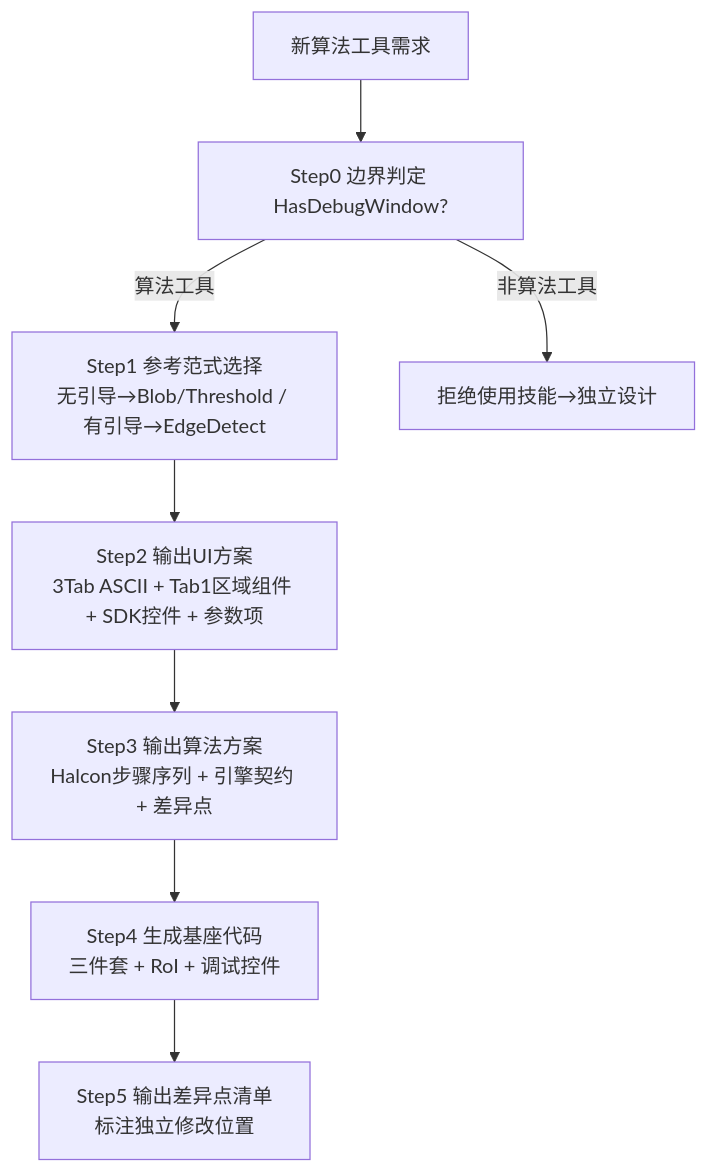
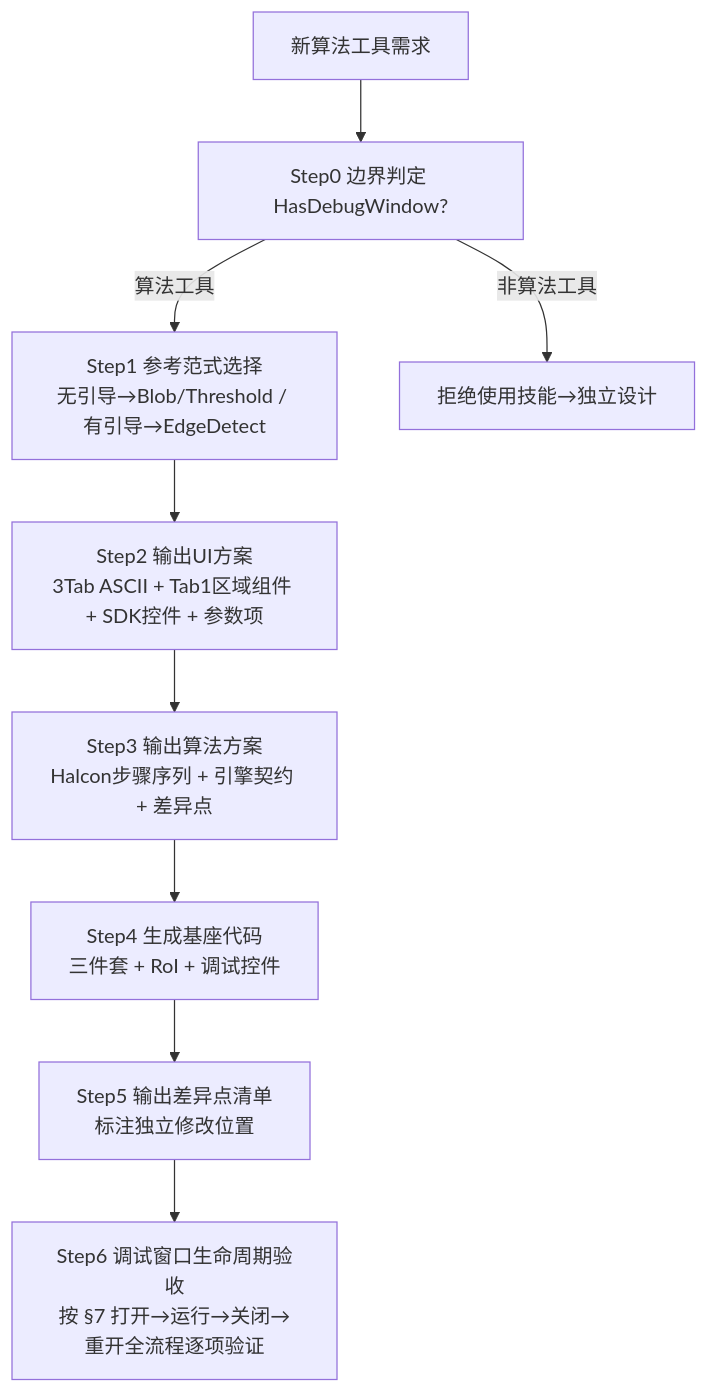
Before and after one commit to houzj/SunEyeVision_V2: the diagram in .codebuddy/skills/视觉工具构建/SKILL.md, drawn with Mermaid. The commit also changed other lines of this file, not shown here.

````diff
--- a/.codebuddy/skills/视觉工具构建/SKILL.md
+++ b/.codebuddy/skills/视觉工具构建/SKILL.md
@@ -451,10 +462,11 @@
 ```mermaid
 flowchart TD
     A[新算法工具需求] --> B[Step0 边界判定 HasDebugWindow?]
     B -->|算法工具| C[Step1 参考范式选择<br>无引导→Blob/Threshold / 有引导→EdgeDetect]
     B -->|非算法工具| X[拒绝使用技能→独立设计]
     C --> D[Step2 输出UI方案<br>3Tab ASCII + Tab1区域组件 + SDK控件 + 参数项]
     D --> E[Step3 输出算法方案<br>Halcon步骤序列 + 引擎契约 + 差异点]
     E --> F[Step4 生成基座代码<br>三件套 + RoI + 调试控件]
     F --> G[Step5 输出差异点清单<br>标注独立修改位置]
+    G --> H[Step6 调试窗口生命周期验收<br>按 §7 打开→运行→关闭→重开全流程逐项验证]
 ```
````
